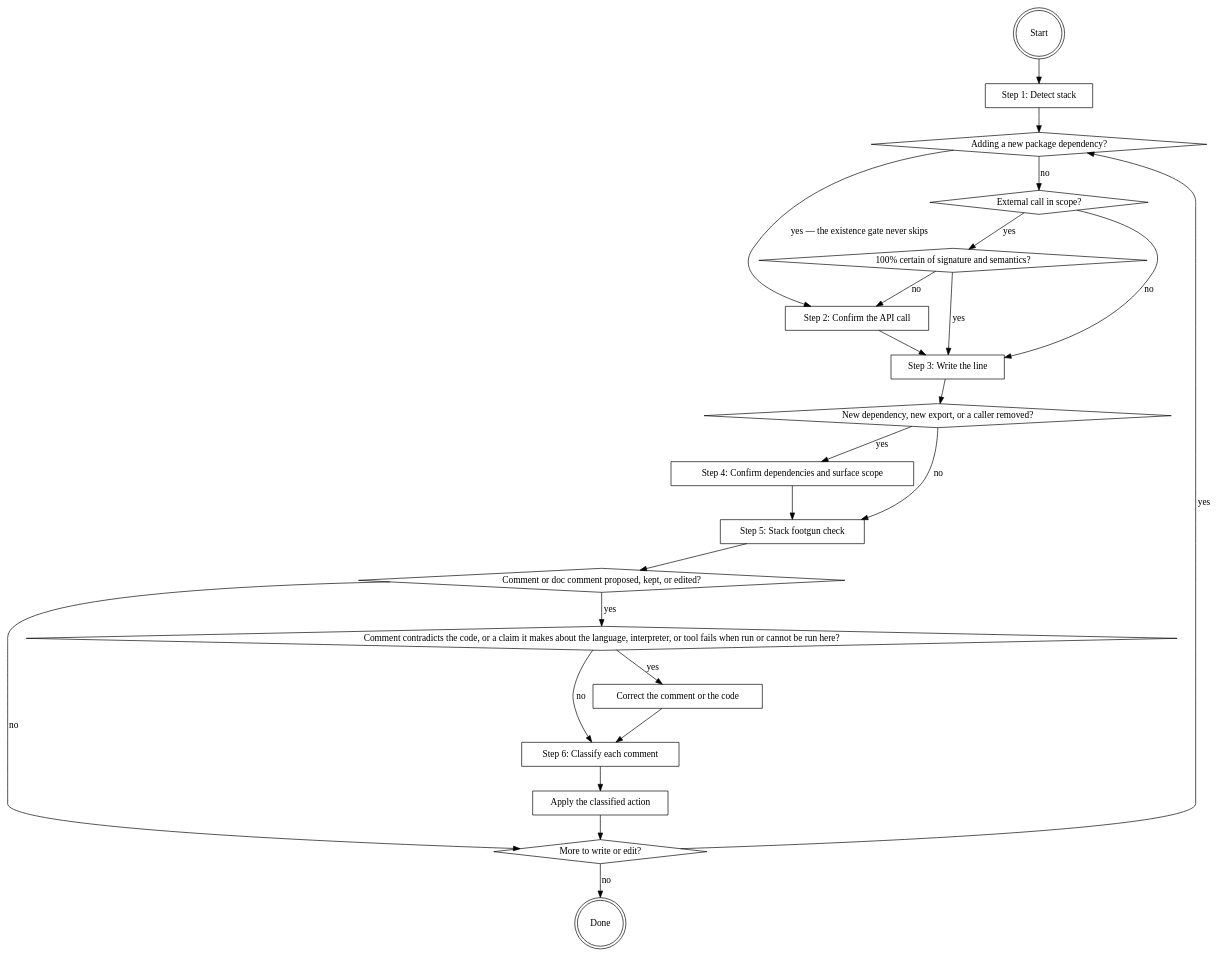
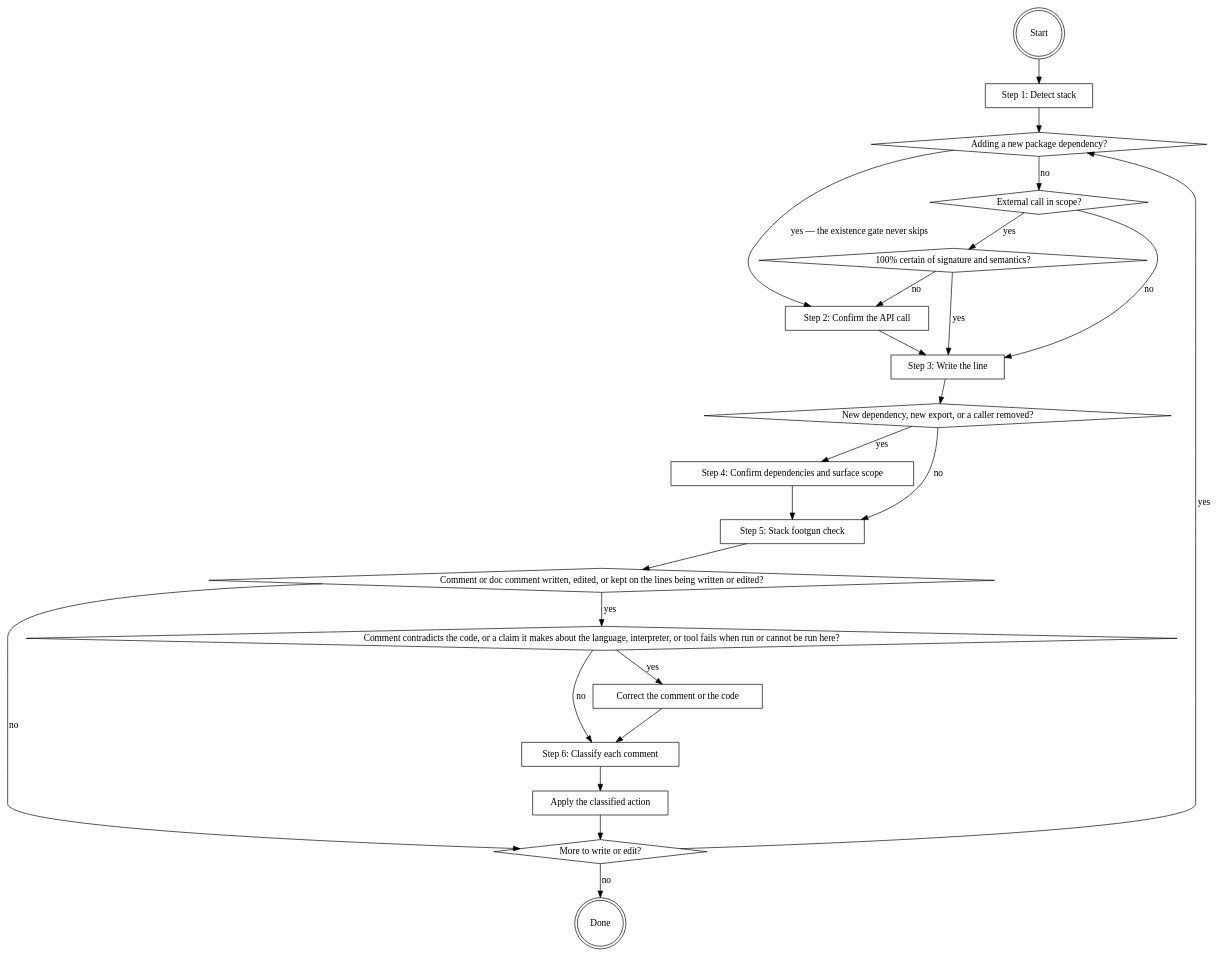
One commit to it-bens/ai-tools changed the diagram in plugins/software-writer/skills/writing-code/SKILL.md. Above: the diagram before and after it, drawn with Graphviz. The commit also changed other lines of this file and 6 other files, not shown here.

````diff
--- a/plugins/software-writer/skills/writing-code/SKILL.md
+++ b/plugins/software-writer/skills/writing-code/SKILL.md
@@ -20,44 +20,44 @@
 ```dot
 digraph writing_code {
     "Start" [shape=doublecircle];
     "Step 1: Detect stack" [shape=box];
     "Adding a new package dependency?" [shape=diamond];
     "External call in scope?" [shape=diamond];
     "100% certain of signature and semantics?" [shape=diamond];
     "Step 2: Confirm the API call" [shape=box];
     "Step 3: Write the line" [shape=box];
     "New dependency, new export, or a caller removed?" [shape=diamond];
     "Step 4: Confirm dependencies and surface scope" [shape=box];
     "Step 5: Stack footgun check" [shape=box];
-    "Comment or doc comment proposed, kept, or edited?" [shape=diamond];
+    "Comment or doc comment written, edited, or kept on the lines being written or edited?" [shape=diamond];
     "Step 6: Classify each comment" [shape=box];
     "Comment contradicts the code, or a claim it makes about the language, interpreter, or tool fails when run or cannot be run here?" [shape=diamond];
     "Correct the comment or the code" [shape=box];
     "Apply the classified action" [shape=box];
     "More to write or edit?" [shape=diamond];
     "Done" [shape=doublecircle];
 
     "Start" -> "Step 1: Detect stack" -> "Adding a new package dependency?";
     "Adding a new package dependency?" -> "Step 2: Confirm the API call" [label="yes — the existence gate never skips"];
     "Adding a new package dependency?" -> "External call in scope?" [label="no"];
     "External call in scope?" -> "100% certain of signature and semantics?" [label="yes"];
     "External call in scope?" -> "Step 3: Write the line" [label="no"];
     "100% certain of signature and semantics?" -> "Step 3: Write the line" [label="yes"];
     "100% certain of signature and semantics?" -> "Step 2: Confirm the API call" [label="no"];
     "Step 2: Confirm the API call" -> "Step 3: Write the line";
     "Step 3: Write the line" -> "New dependency, new export, or a caller removed?";
     "New dependency, new export, or a caller removed?" -> "Step 4: Confirm dependencies and surface scope" [label="yes"];
     "New dependency, new export, or a caller removed?" -> "Step 5: Stack footgun check" [label="no"];
     "Step 4: Confirm dependencies and surface scope" -> "Step 5: Stack footgun check";
-    "Step 5: Stack footgun check" -> "Comment or doc comment proposed, kept, or edited?";
-    "Comment or doc comment proposed, kept, or edited?" -> "Comment contradicts the code, or a claim it makes about the language, interpreter, or tool fails when run or cannot be run here?" [label="yes"];
-    "Comment or doc comment proposed, kept, or edited?" -> "More to write or edit?" [label="no"];
+    "Step 5: Stack footgun check" -> "Comment or doc comment written, edited, or kept on the lines being written or edited?";
+    "Comment or doc comment written, edited, or kept on the lines being written or edited?" -> "Comment contradicts the code, or a claim it makes about the language, interpreter, or tool fails when run or cannot be run here?" [label="yes"];
+    "Comment or doc comment written, edited, or kept on the lines being written or edited?" -> "More to write or edit?" [label="no"];
     "Comment contradicts the code, or a claim it makes about the language, interpreter, or tool fails when run or cannot be run here?" -> "Correct the comment or the code" [label="yes"];
     "Comment contradicts the code, or a claim it makes about the language, interpreter, or tool fails when run or cannot be run here?" -> "Step 6: Classify each comment" [label="no"];
     "Correct the comment or the code" -> "Step 6: Classify each comment";
     "Step 6: Classify each comment" -> "Apply the classified action";
     "Apply the classified action" -> "More to write or edit?";
     "More to write or edit?" -> "Adding a new package dependency?" [label="yes"];
     "More to write or edit?" -> "Done" [label="no"];
 }
 ```
````
